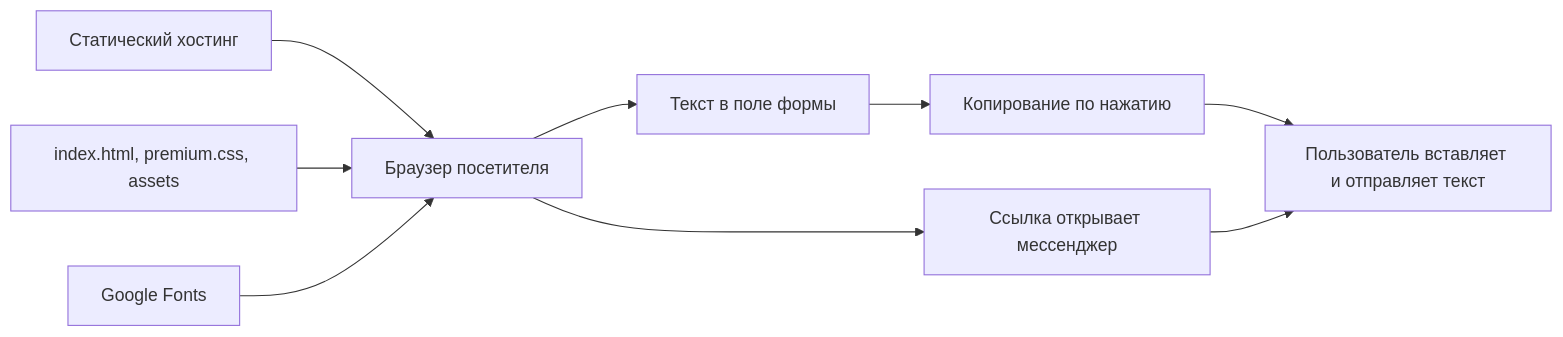
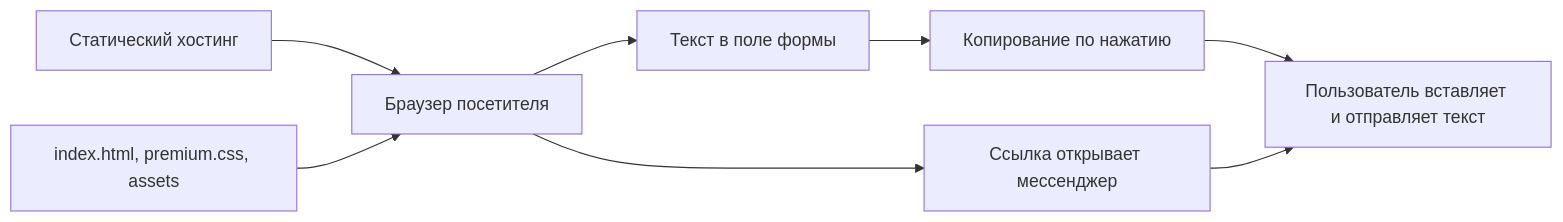
The diagram in ARCHITECTURE.md (chajjka93-source/my-lending-test), drawn with Mermaid before and after one commit. The commit also changed other lines of this file and 11 other files, not shown here.

````diff
--- a/ARCHITECTURE.md
+++ b/ARCHITECTURE.md
@@ -9,11 +9,10 @@
 ```mermaid
 flowchart LR
     Hosting[Статический хостинг] --> Browser[Браузер посетителя]
     Files[index.html, premium.css, assets] --> Browser
-    Fonts[Google Fonts] --> Browser
     Browser --> Draft[Текст в поле формы]
     Draft --> Clipboard[Копирование по нажатию]
     Browser --> Messenger[Ссылка открывает мессенджер]
     Clipboard --> User[Пользователь вставляет и отправляет текст]
     Messenger --> User
 ```
````
